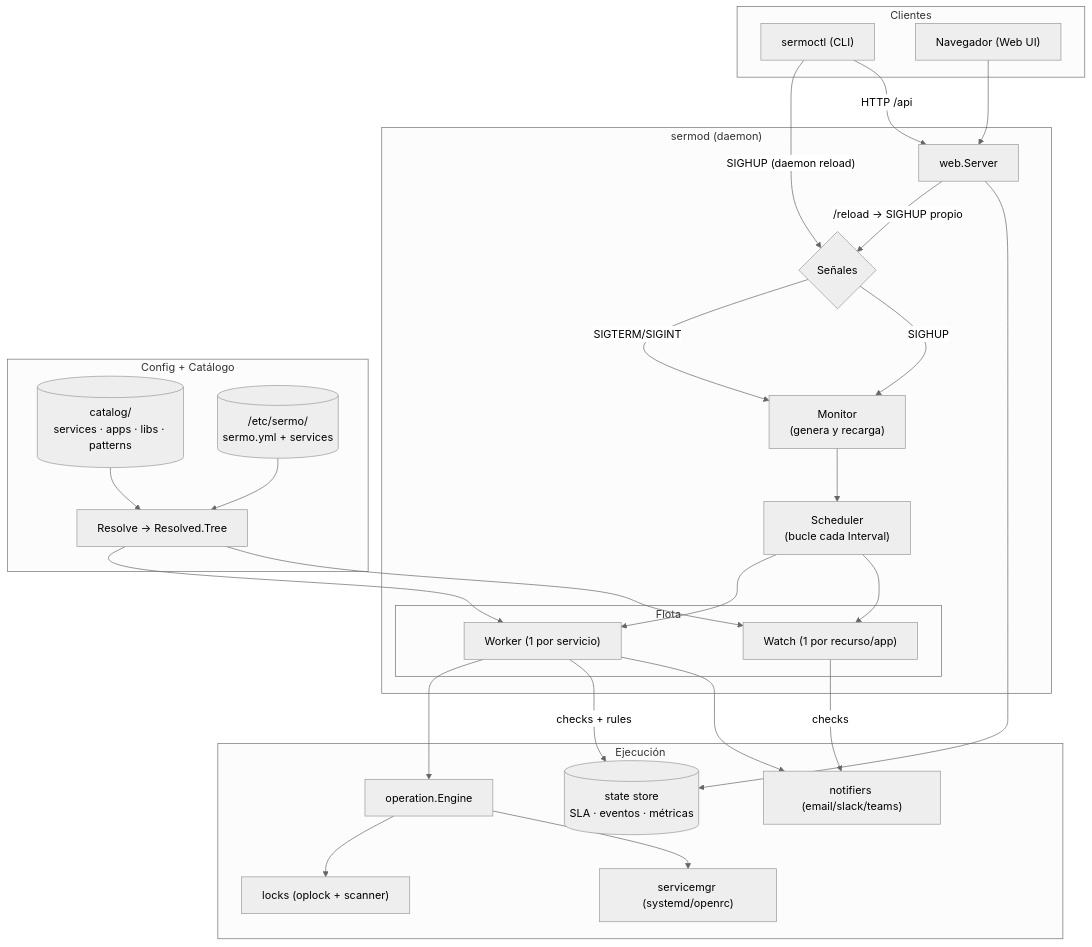
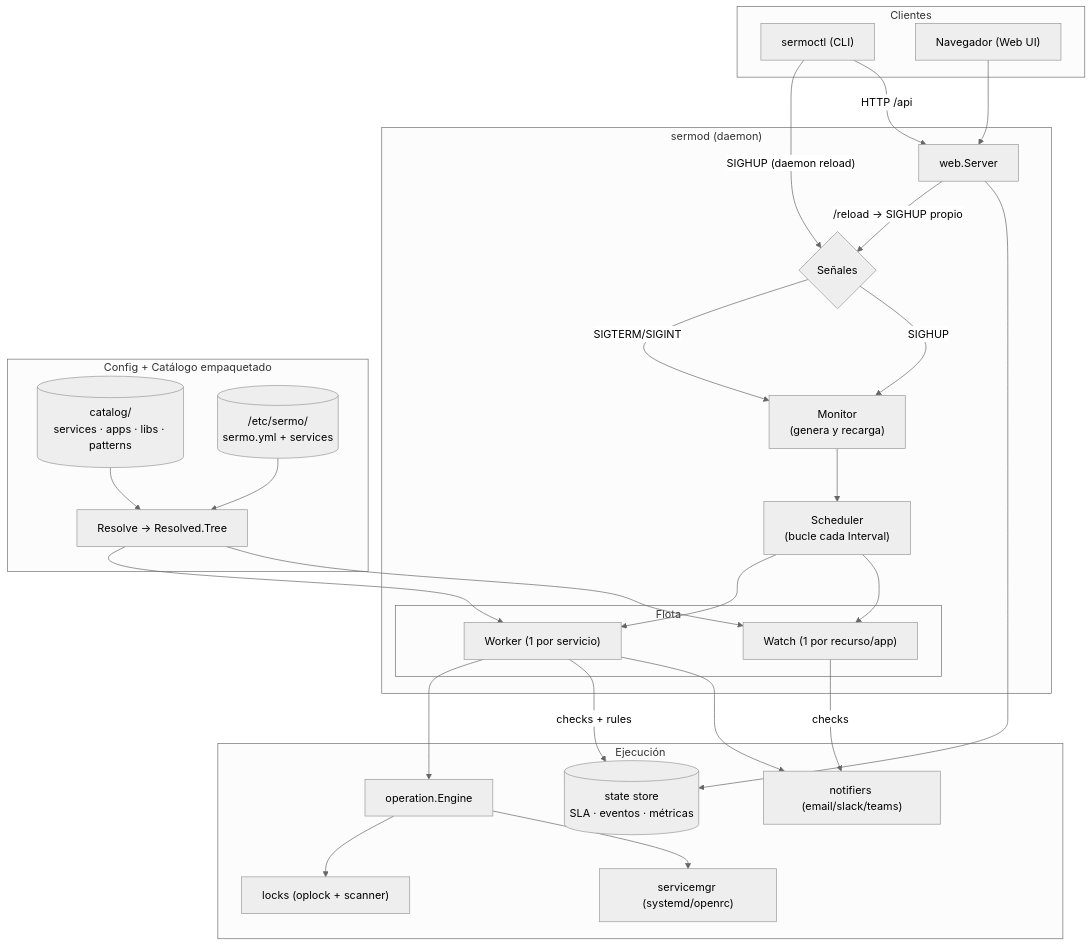
Before and after one commit to inode64/Sermo: the first of 6 diagrams in docs/architecture.es.md, drawn with Mermaid (neutral theme). The commit also changed other lines of this file and 51 other files, not shown here.

````diff
--- a/docs/architecture.es.md
+++ b/docs/architecture.es.md
@@ -21,53 +21,53 @@
 ```mermaid
 flowchart TB
   subgraph clients["Clientes"]
     CLI["sermoctl (CLI)"]
     BROWSER["Navegador (Web UI)"]
   end
 
   subgraph daemon["sermod (daemon)"]
     SIG{"Señales"}
     MON["Monitor<br/>(genera y recarga)"]
     SCH["Scheduler<br/>(bucle cada Interval)"]
     WEB["web.Server"]
     subgraph fleet["Flota"]
       W["Worker (1 por servicio)"]
       WA["Watch (1 por recurso/app)"]
     end
   end
 
-  subgraph cfg["Config + Catálogo"]
+  subgraph cfg["Config + Catálogo empaquetado"]
     CAT[("catalog/<br/>services · apps · libs · patterns")]
     USR[("/etc/sermo/<br/>sermo.yml + services")]
     RES["Resolve → Resolved.Tree"]
   end
 
   subgraph backends["Ejecución"]
     OP["operation.Engine"]
     LK["locks (oplock + scanner)"]
     SM["servicemgr (systemd/openrc)"]
     ST[("state store<br/>SLA · eventos · métricas")]
     NT["notifiers (email/slack/teams)"]
   end
 
   CLI -- "SIGHUP (daemon reload)" --> SIG
   CLI -- "HTTP /api" --> WEB
   BROWSER --> WEB
   WEB -- "/reload → SIGHUP propio" --> SIG
 
   SIG -- "SIGTERM/SIGINT" --> MON
   SIG -- "SIGHUP" --> MON
   MON --> SCH --> W & WA
 
   CAT --> RES
   USR --> RES
   RES --> W & WA
 
   W --> OP
   W -- "checks + rules" --> ST
   W --> NT
   WA -- "checks" --> NT
   OP --> LK
   OP --> SM
   WEB --> ST
 ```
````
